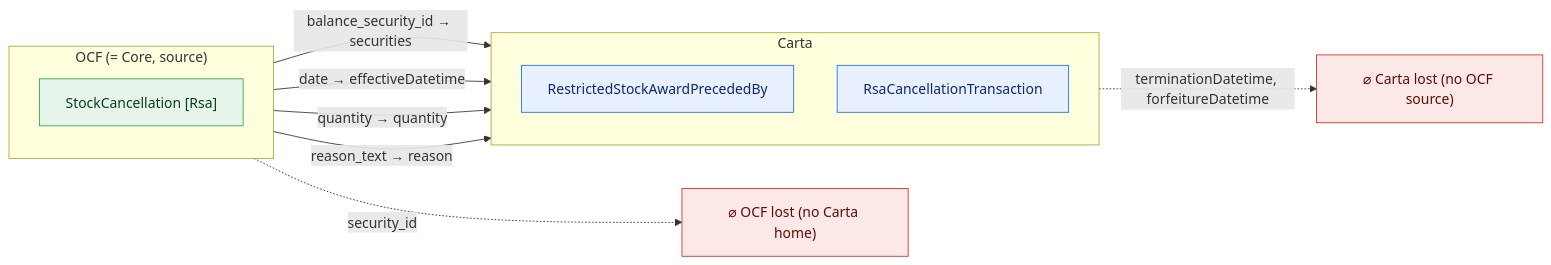
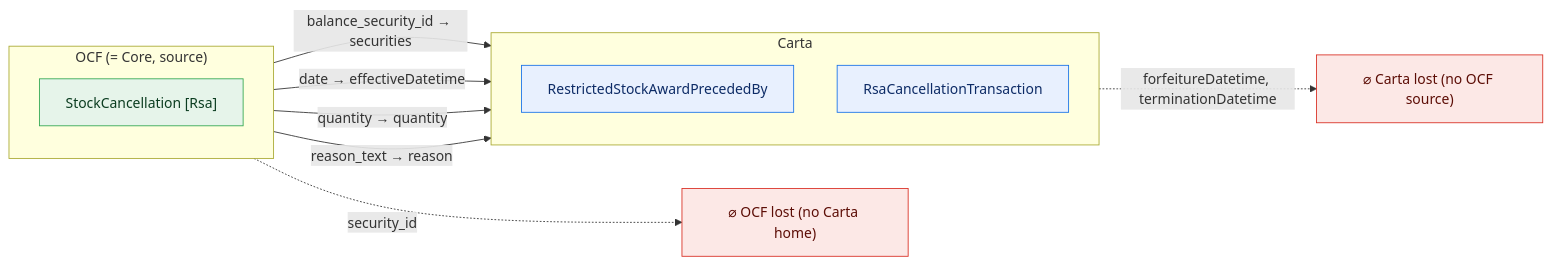
Before and after one commit to Open-Cap-Table-Coalition/OCF-Composed-Schemas: diagram 16 of 47 in docs/core-bidirectional-flow.md, drawn with Mermaid. The commit also changed other lines of this file and 7 other files, not shown here.

````diff
--- a/docs/core-bidirectional-flow.md
+++ b/docs/core-bidirectional-flow.md
@@ -522,24 +545,24 @@
 ```mermaid
 flowchart LR
   classDef adm fill:#e6f4ea,stroke:#34a853,color:#0b3d20;
   classDef notadm fill:#f1f3f4,stroke:#9aa0a6,color:#5f6368,stroke-dasharray:4 3;
   classDef carta fill:#e8f0fe,stroke:#1a73e8,color:#0d2b66;
   classDef lost fill:#fce8e6,stroke:#d93025,color:#5c0d06;
   subgraph SRC["OCF (= Core, source)"]
     direction TB
     o0["StockCancellation [Rsa]"]:::adm
   end
   subgraph TGT["Carta"]
     direction TB
     t0["RestrictedStockAwardPrecededBy"]:::carta
     t1["RsaCancellationTransaction"]:::carta
   end
   ocflost["⌀ OCF lost (no Carta home)"]:::lost
   cartalost["⌀ Carta lost (no OCF source)"]:::lost
   o0 -->|"balance_security_id → securities"| t0
   o0 -->|"date → effectiveDatetime"| t1
   o0 -->|"quantity → quantity"| t1
   o0 -->|"reason_text → reason"| t1
   o0 -.->|"security_id"| ocflost
-  t1 -.->|"terminationDatetime, forfeitureDatetime"| cartalost
+  t1 -.->|"forfeitureDatetime, terminationDatetime"| cartalost
 ```
````
